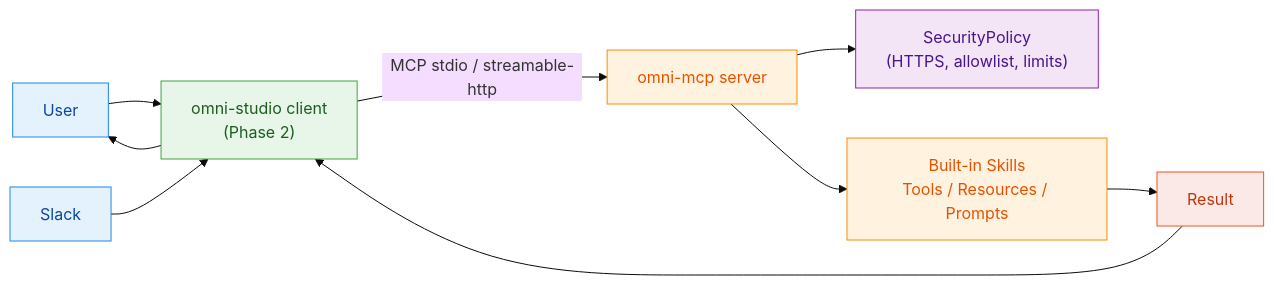
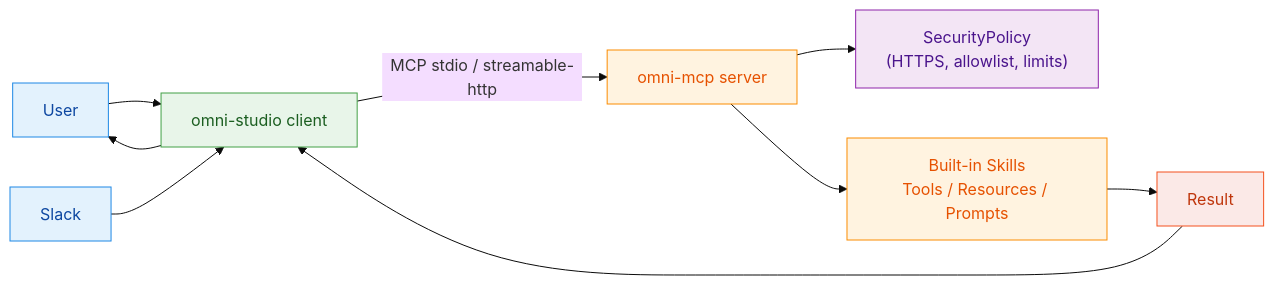
One commit to cloudsteak/omni-mcp changed the first of 3 diagrams in docs/ARCHITECTURE.md. Above: the diagram before and after it, drawn with Mermaid. The commit also changed other lines of this file and 22 other files, not shown here.

````diff
--- a/docs/ARCHITECTURE.md
+++ b/docs/ARCHITECTURE.md
@@ -22,25 +21,25 @@
 ```mermaid
 %%{init: {"theme": "base"}}%%
 flowchart LR
-    U[User] --> C["omni-studio client<br/>(Phase 2)"]
+    U[User] --> C["omni-studio client"]
     S[Slack] --> C
     C -->|MCP stdio / streamable-http| M[omni-mcp server]
 
     M --> P["SecurityPolicy<br/>(HTTPS, allowlist, limits)"]
     M --> K["Built-in Skills<br/>Tools / Resources / Prompts"]
     K --> R[Result]
     R --> C
     C --> U
 
     classDef actor fill:#E3F2FD,stroke:#1E88E5,color:#0D47A1,stroke-width:1px;
     classDef client fill:#E8F5E9,stroke:#43A047,color:#1B5E20,stroke-width:1px;
     classDef server fill:#FFF3E0,stroke:#FB8C00,color:#E65100,stroke-width:1px;
     classDef policy fill:#F3E5F5,stroke:#8E24AA,color:#4A148C,stroke-width:1px;
     classDef result fill:#FBE9E7,stroke:#F4511E,color:#BF360C,stroke-width:1px;
 
     class U,S actor;
     class C client;
     class M,K server;
     class P policy;
     class R result;
 ```
````
